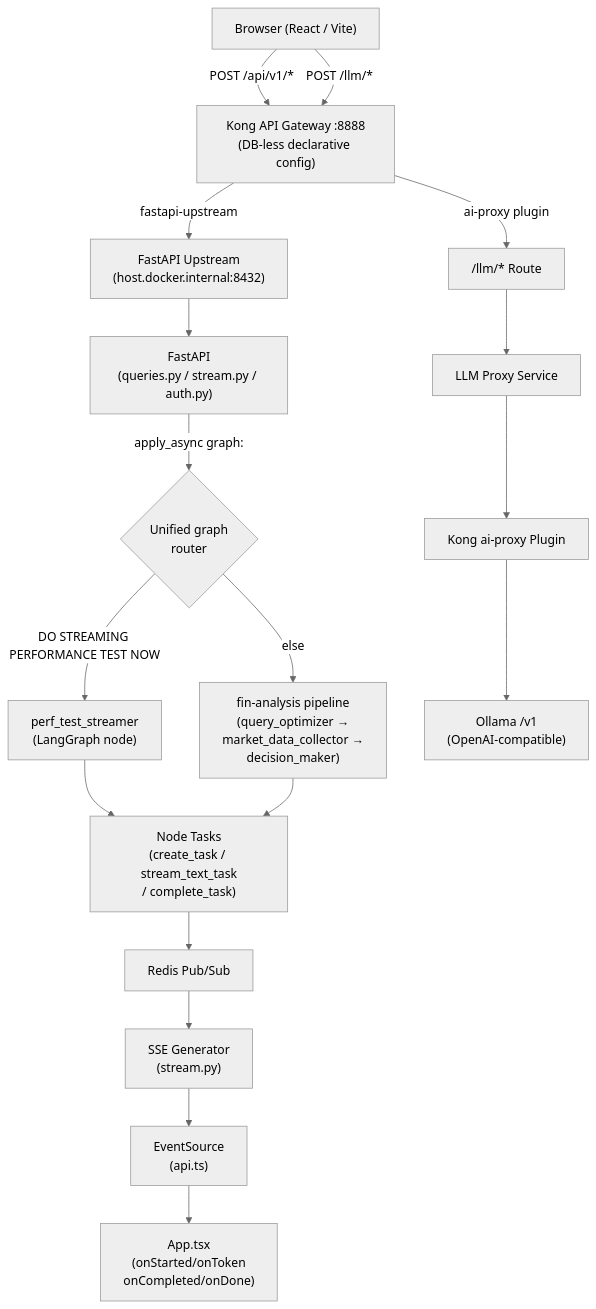
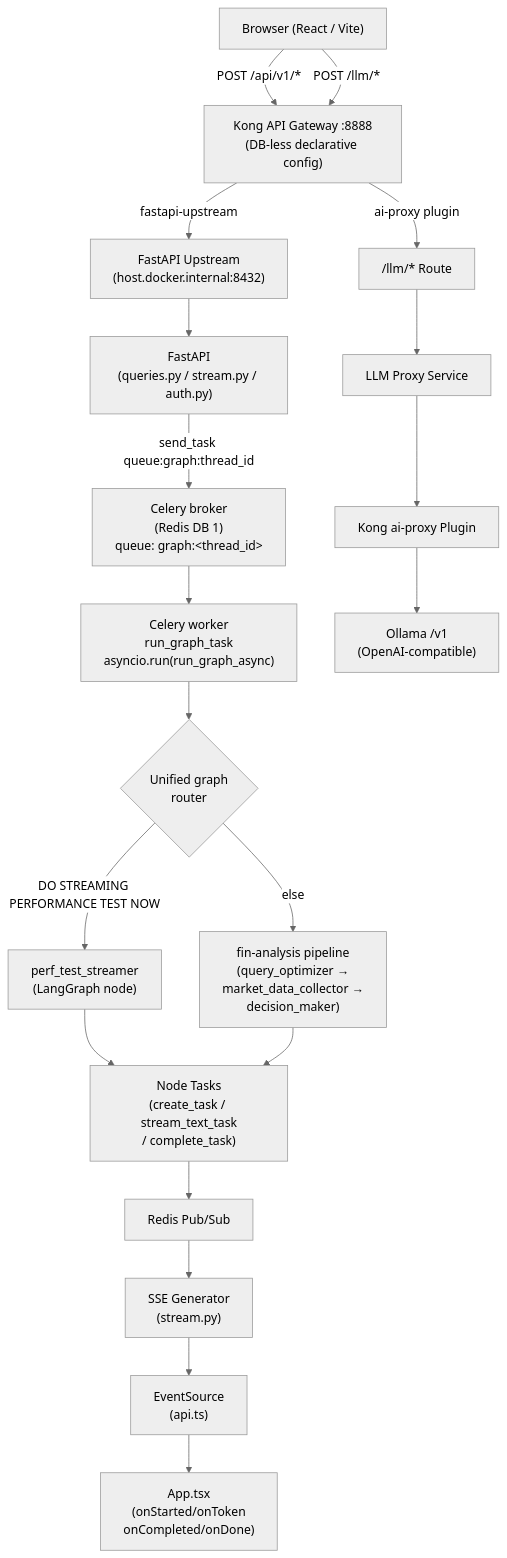
One commit to yuqiii-wang/fin-agent-cluster changed the first of 2 diagrams in .github/skills/e2e-flow/SKILL.md. Above: the diagram before and after it, drawn with Mermaid (neutral theme). The commit also changed other lines of this file and 46 other files, not shown here.

Commit message:
feat: performance test tuning

````diff
--- a/.github/skills/e2e-flow/SKILL.md
+++ b/.github/skills/e2e-flow/SKILL.md
@@ -14,37 +14,41 @@
 ```mermaid
 graph TD
     A["Browser (React / Vite)"]
     B["Kong API Gateway :8888<br/>(DB-less declarative config)"]
     C["FastAPI Upstream<br/>(host.docker.internal:8432)"]
     D["FastAPI<br/>(queries.py / stream.py / auth.py)"]
-    E{"Unified graph\nrouter"}
-    F["perf_test_streamer\n(LangGraph node)"]
-    G["fin-analysis pipeline\n(query_optimizer →\nmarket_data_collector →\ndecision_maker)"]
-    I["Node Tasks<br/>(create_task / stream_text_task<br/>/ complete_task)"]
-    J["Redis Pub/Sub"]
-    K["SSE Generator<br/>(stream.py)"]
-    L["EventSource<br/>(api.ts)"]
-    M["App.tsx<br/>(onStarted/onToken<br/>onCompleted/onDone)"]
-    N["/llm/* Route"]
-    O["LLM Proxy Service"]
-    P["Kong ai-proxy Plugin"]
-    Q["Ollama /v1<br/>(OpenAI-compatible)"]
+    E["Celery broker<br/>(Redis DB 1)<br/>queue: graph:&lt;thread_id&gt;"]
+    F["Celery worker<br/>run_graph_task<br/>asyncio.run(run_graph_async)"]
+    G{"Unified graph\nrouter"}
+    H["perf_test_streamer\n(LangGraph node)"]
+    I["fin-analysis pipeline\n(query_optimizer →\nmarket_data_collector →\ndecision_maker)"]
+    J["Node Tasks<br/>(create_task / stream_text_task<br/>/ complete_task)"]
+    K["Redis Pub/Sub"]
+    L["SSE Generator<br/>(stream.py)"]
+    M["EventSource<br/>(api.ts)"]
+    N["App.tsx<br/>(onStarted/onToken<br/>onCompleted/onDone)"]
+    O["/llm/* Route"]
+    P["LLM Proxy Service"]
+    Q["Kong ai-proxy Plugin"]
+    R["Ollama /v1<br/>(OpenAI-compatible)"]
     
     A -->|POST /api/v1/*| B
     B -->|fastapi-upstream| C
     C --> D
-    D -->|apply_async graph:<thread_id>| E
-    E -->|"DO STREAMING PERFORMANCE TEST NOW"| F
-    E -->|else| G
-    F --> I
-    G --> I
+    D -->|send_task queue:graph:thread_id| E
+    E --> F
+    F --> G
+    G -->|"DO STREAMING PERFORMANCE TEST NOW"| H
+    G -->|else| I
+    H --> J
     I --> J
     J --> K
     K --> L
     L --> M
+    M --> N
     A -->|POST /llm/*| B
-    B -->|ai-proxy plugin| N
-    N --> O
+    B -->|ai-proxy plugin| O
     O --> P
     P --> Q
+    Q --> R
 ```
````
